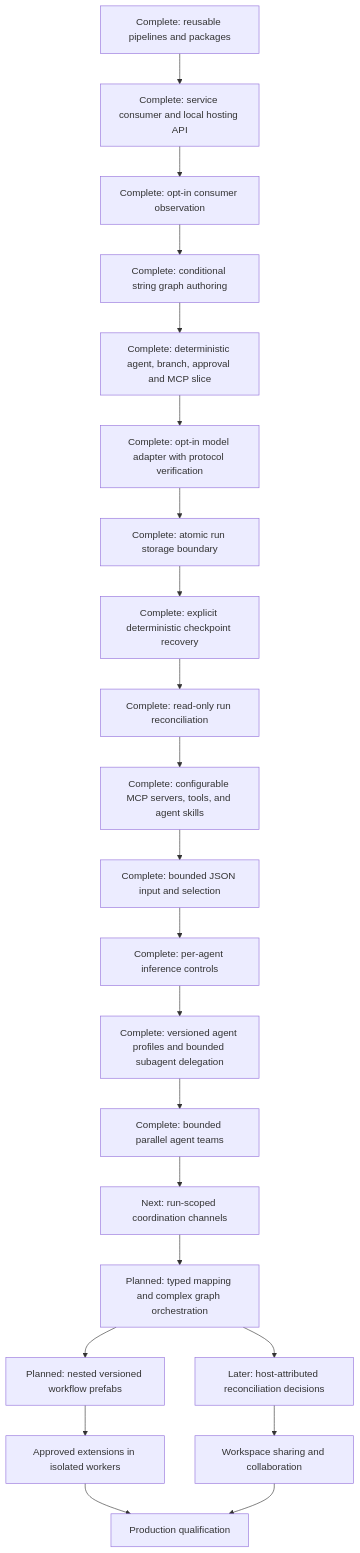
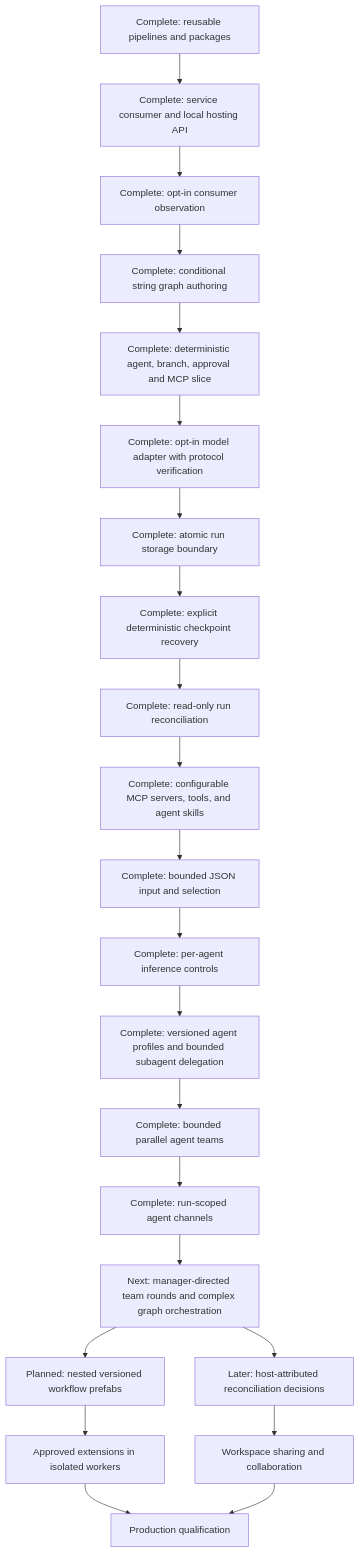
One commit to gnalvesteffer/visual-agent-workflow changed the diagram in docs/roadmap.md. Above: the diagram before and after it, drawn with Mermaid. The commit also changed other lines of this file and 21 other files, not shown here.

Commit message:
Add run-scoped agent team channels

````diff
--- a/docs/roadmap.md
+++ b/docs/roadmap.md
@@ -86,24 +86,24 @@
 ```mermaid
 flowchart TD
     Reuse["Complete: reusable pipelines and packages"] --> Hosting["Complete: service consumer and local hosting API"]
     Hosting --> Observe["Complete: opt-in consumer observation"]
     Observe --> Graph["Complete: conditional string graph authoring"]
     Graph --> Vertical["Complete: deterministic agent, branch, approval and MCP slice"]
     Vertical --> Models["Complete: opt-in model adapter with protocol verification"]
     Models --> Store["Complete: atomic run storage boundary"]
     Store --> Recovery["Complete: explicit deterministic checkpoint recovery"]
     Recovery --> Assess["Complete: read-only run reconciliation"]
     Assess --> Agents["Complete: configurable MCP servers, tools, and agent skills"]
     Agents --> JsonData["Complete: bounded JSON input and selection"]
     JsonData --> Controls["Complete: per-agent inference controls"]
     Controls --> Delegation["Complete: versioned agent profiles and bounded subagent delegation"]
     Delegation --> Teams["Complete: bounded parallel agent teams"]
-    Teams --> Channels["Next: run-scoped coordination channels"]
-    Channels --> Orchestration["Planned: typed mapping and complex graph orchestration"]
+    Teams --> Channels["Complete: run-scoped agent channels"]
+    Channels --> Orchestration["Next: manager-directed team rounds and complex graph orchestration"]
     Orchestration --> Assets["Planned: nested versioned workflow prefabs"]
     Orchestration --> Durable["Later: host-attributed reconciliation decisions"]
     Assets --> Extensions["Approved extensions in isolated workers"]
     Durable --> Collaboration["Workspace sharing and collaboration"]
     Extensions --> Production["Production qualification"]
     Collaboration --> Production
 ```
````
